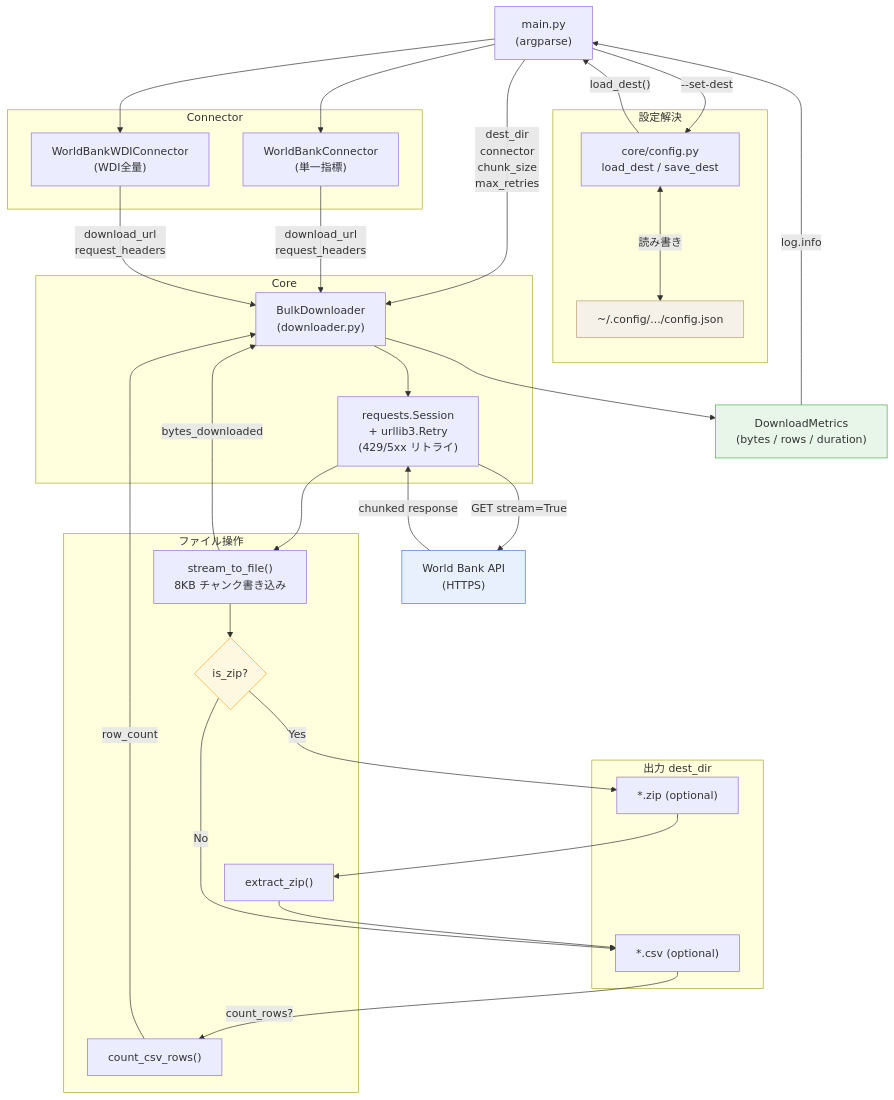
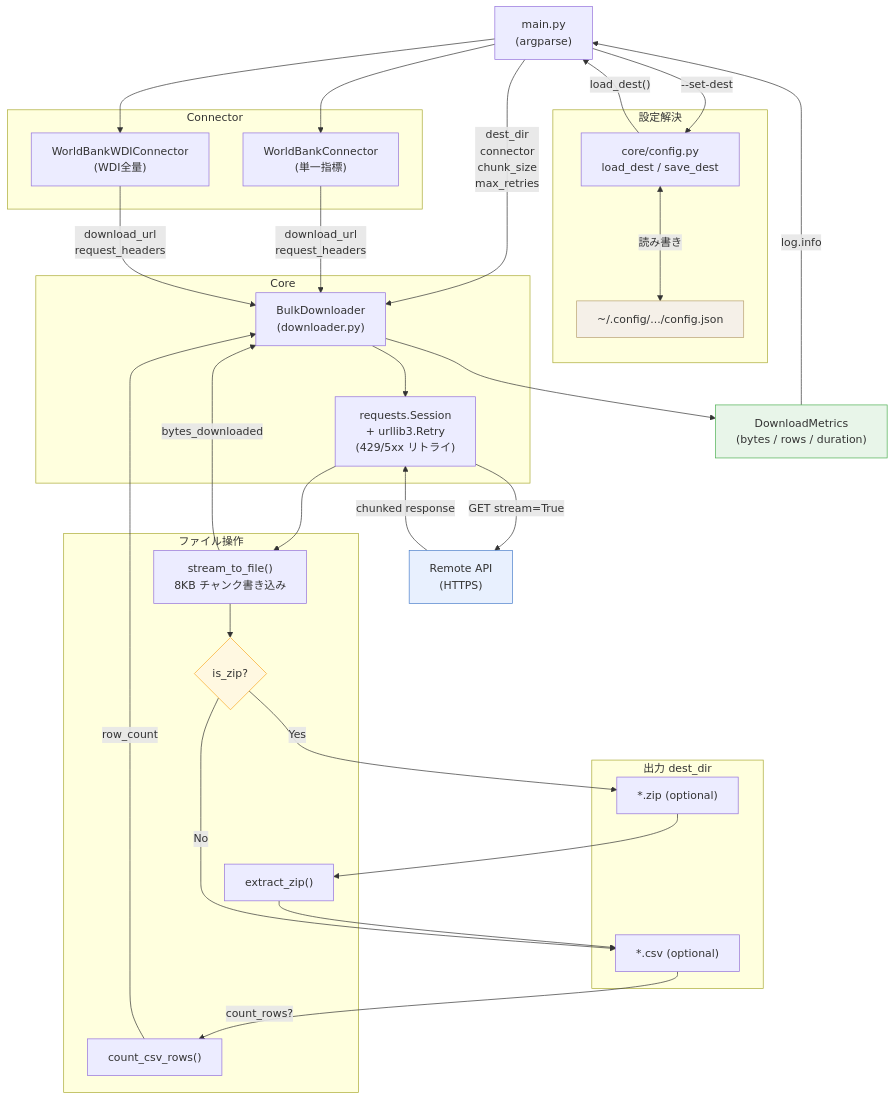
Before and after one commit to azu-azu/api-bulk-downloader: the diagram in README.md, drawn with Mermaid. The commit also changed other lines of this file, not shown here.

````diff
--- a/README.md
+++ b/README.md
@@ -82,68 +88,68 @@
 ```mermaid
 flowchart TD
     CLI["main.py\n(argparse)"]
 
     subgraph 設定解決
         CFG_FILE["~/.config/.../config.json"]
         CFG["core/config.py\nload_dest / save_dest"]
     end
 
     subgraph Connector
         WBC["WorldBankConnector\n(単一指標)"]
         WDIC["WorldBankWDIConnector\n(WDI全量)"]
     end
 
     subgraph Core
         DL["BulkDownloader\n(downloader.py)"]
         SESSION["requests.Session\n+ urllib3.Retry\n(429/5xx リトライ)"]
     end
 
     subgraph ファイル操作
         STREAM["stream_to_file()\n8KB チャンク書き込み"]
         ISZIP{is_zip?}
         UNZIP["extract_zip()"]
         COUNT["count_csv_rows()"]
     end
 
     subgraph 出力 dest_dir
         ZIP["*.zip (optional)"]
         CSV["*.csv (optional)"]
     end
 
     METRICS["DownloadMetrics\n(bytes / rows / duration)"]
-    REMOTE["World Bank API\n(HTTPS)"]
+    REMOTE["Remote API\n(HTTPS)"]
 
     CLI -->|"--set-dest"| CFG
     CFG <-->|読み書き| CFG_FILE
     CFG -->|"load_dest()"| CLI
 
     CLI -->|"dest_dir\nconnector\nchunk_size\nmax_retries"| DL
 
     CLI --> WBC
     CLI --> WDIC
     WBC -->|"download_url\nrequest_headers"| DL
     WDIC -->|"download_url\nrequest_headers"| DL
 
     DL --> SESSION
     SESSION -->|"GET stream=True"| REMOTE
     REMOTE -->|"chunked response"| SESSION
     SESSION --> STREAM
     STREAM -->|"bytes_downloaded"| DL
     STREAM --> ISZIP
 
     ISZIP -->|Yes| ZIP
     ZIP --> UNZIP
     UNZIP --> CSV
     ISZIP -->|No| CSV
 
     CSV -->|"count_rows?"| COUNT
     COUNT -->|"row_count"| DL
 
     DL --> METRICS
     METRICS -->|"log.info"| CLI
 
     style CFG_FILE fill:#f5f0e8,stroke:#b8a070
     style REMOTE fill:#e8f0fe,stroke:#4a7fcb
     style METRICS fill:#e8f5e9,stroke:#4caf50
     style ISZIP fill:#fff8e1,stroke:#f9a825
 ```
````
